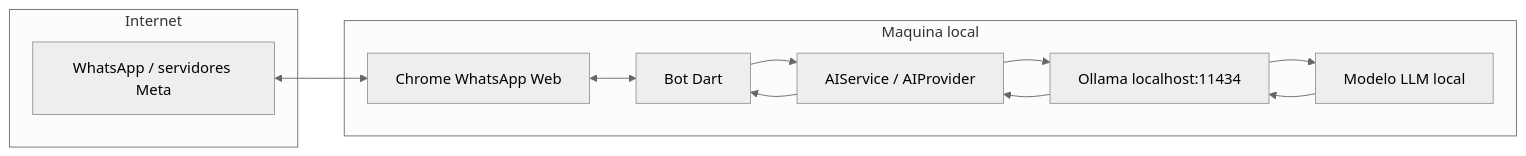
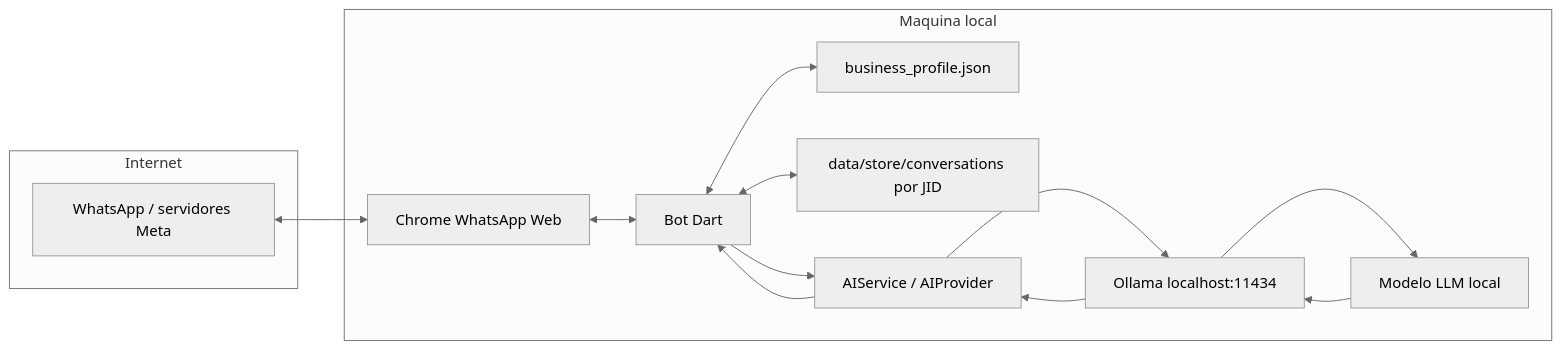
The second of 3 diagrams in Dart2/DOCS/AI_WHATSAPP_FLOW_DIAGRAM.md (kei-kusanagi/Bot-Assistant-Workshop), drawn with Mermaid (neutral theme) before and after one commit. The commit also changed other lines of this file and 2 other files, not shown here.

First line of the commit message:
docs(dart2): update WhatsApp AI memory diagrams

````diff
--- a/Dart2/DOCS/AI_WHATSAPP_FLOW_DIAGRAM.md
+++ b/Dart2/DOCS/AI_WHATSAPP_FLOW_DIAGRAM.md
@@ -42,23 +58,27 @@
 ```mermaid
 flowchart LR
     subgraph Internet
       W[WhatsApp / servidores Meta]
     end
 
     subgraph Maquina local
       C[Chrome WhatsApp Web]
       D[Bot Dart]
+      BZ[business_profile.json]
+      LS[data/store/conversations por JID]
       S[AIService / AIProvider]
       O[Ollama localhost:11434]
       M[Modelo LLM local]
     end
 
     W <--> C
     C <--> D
+    D <--> BZ
+    D <--> LS
     D --> S
     S --> O
     O --> M
     M --> O
     O --> S
     S --> D
 ```
````
